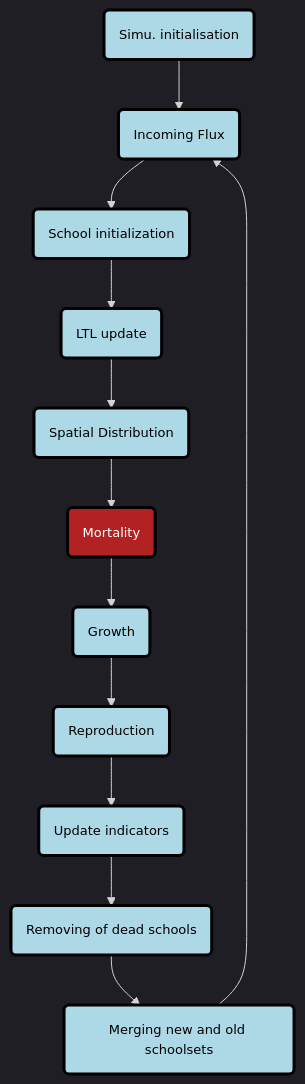
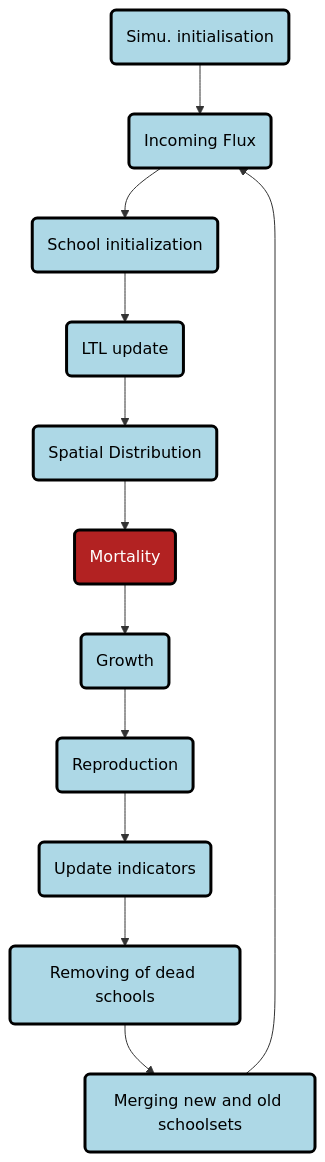
The diagram in doc/odd_des/_static/mermaid/scheduling.qmd (osmose-model/osmose), drawn with Mermaid before and after one commit.

Commit message:
update scheduling

````diff
--- a/doc/odd_des/_static/mermaid/scheduling.qmd
+++ b/doc/odd_des/_static/mermaid/scheduling.qmd
@@ -1,23 +1,24 @@
 ```{mermaid}
 %%| fig-align: "center"
-%%{init: {'theme': 'dark', 'themeVariables': { 'fontSize': '13px'}}}%%
+%%| fig-cap: Scheduling
+%%| label: fig-scheduling
 graph TD;
 
     id0(Simu. initialisation) --> id1
     id1(Incoming Flux) --> id2(School initialization)
     id2 --> id3(LTL update)
     id3 --> id4(Spatial Distribution)
     id4 --> id5(Mortality)
     id5 --> id6(Growth)
     id6 --> id7(Reproduction)
     id7 --> id8(Update indicators)
     id8 --> id9(Removing of dead schools)
     id9 --> id10(Merging new and old schoolsets)
     id10 -->id1
 
     classDef className fill:lightblue,stroke:black,stroke-width:3px,color:black
     class id0,id1,id2,id3,id4,id5,id6,id7,id8,id9,id10 className;
 
     classDef className2 fill:firebrick,stroke:black,stroke-width:3px,color:white
     class id5 className2;
 ```
````
